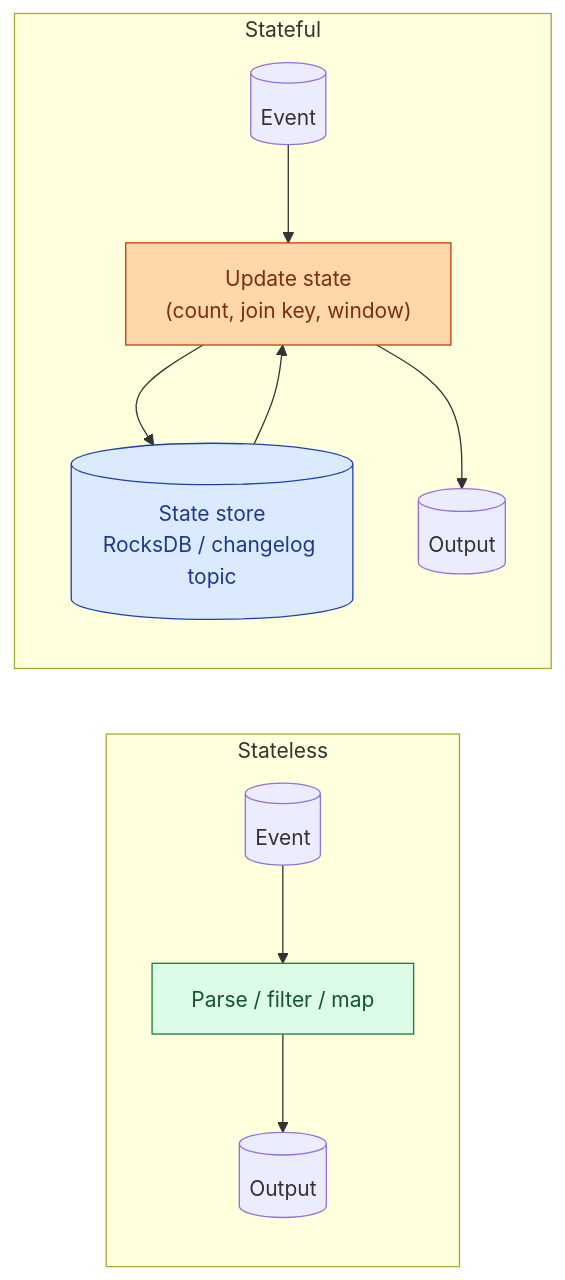
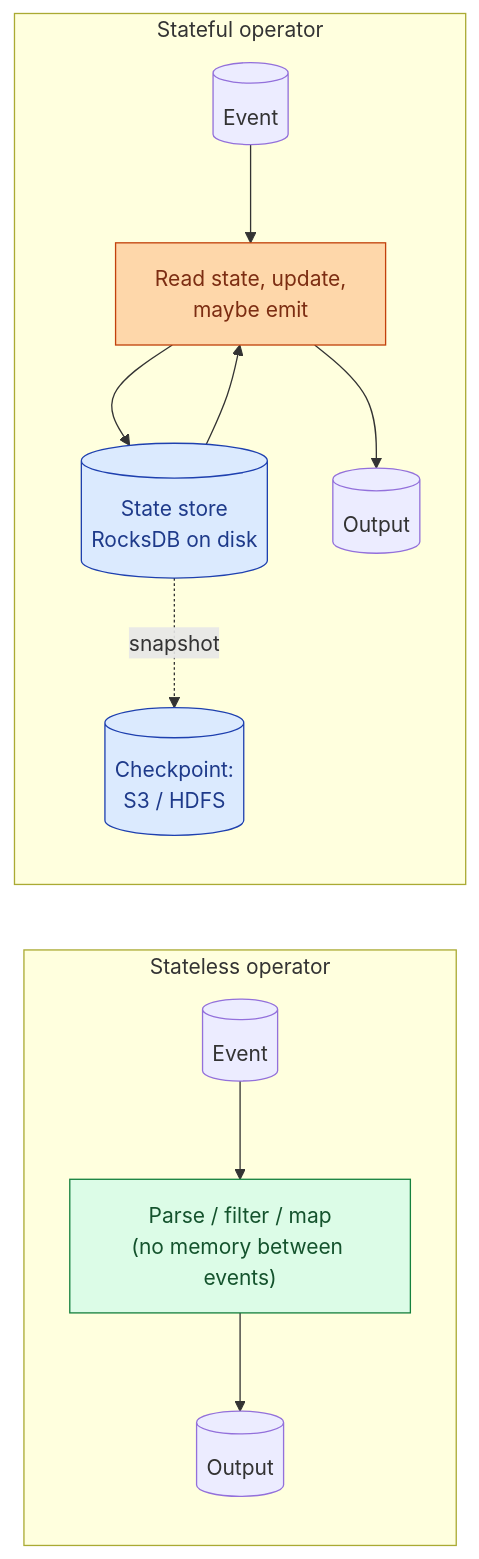
Before and after one commit to shiningflash/shiningflash.github.io: the first of 3 diagrams in _de_concepts/036-stateful-vs-stateless-streams.md, drawn with Mermaid. The commit also changed other lines of this file and 69 other files, not shown here.

````diff
--- a/_de_concepts/036-stateful-vs-stateless-streams.md
+++ b/_de_concepts/036-stateful-vs-stateless-streams.md
@@ -12,16 +14,18 @@
 ```mermaid
 flowchart LR
-    subgraph SL["Stateless"]
-        E1[("Event")] --> M1["Parse / filter / map"]:::g --> O1[("Output")]
+    subgraph SL["Stateless operator"]
+        E1[("Event")] --> M1["Parse / filter / map<br/>(no memory between events)"]:::g
+        M1 --> O1[("Output")]
     end
-    subgraph ST["Stateful"]
-        E2[("Event")] --> M2["Update state<br/>(count, join key, window)"]:::w
-        M2 --> SS[("State store<br/>RocksDB / changelog topic")]:::s
+    subgraph ST["Stateful operator"]
+        E2[("Event")] --> M2["Read state, update,<br/>maybe emit"]:::y
+        M2 --> SS[("State store<br/>RocksDB on disk")]:::a
         SS --> M2
         M2 --> O2[("Output")]
+        SS -.->|"snapshot"| CP[("Checkpoint:<br/>S3 / HDFS")]:::a
     end
 
     classDef g fill:#dcfce7,stroke:#15803d,color:#14532d
-    classDef w fill:#fed7aa,stroke:#c2410c,color:#7c2d12
-    classDef s fill:#dbeafe,stroke:#1e40af,color:#1e3a8a
+    classDef y fill:#fed7aa,stroke:#c2410c,color:#7c2d12
+    classDef a fill:#dbeafe,stroke:#1e40af,color:#1e3a8a
 ```
````
